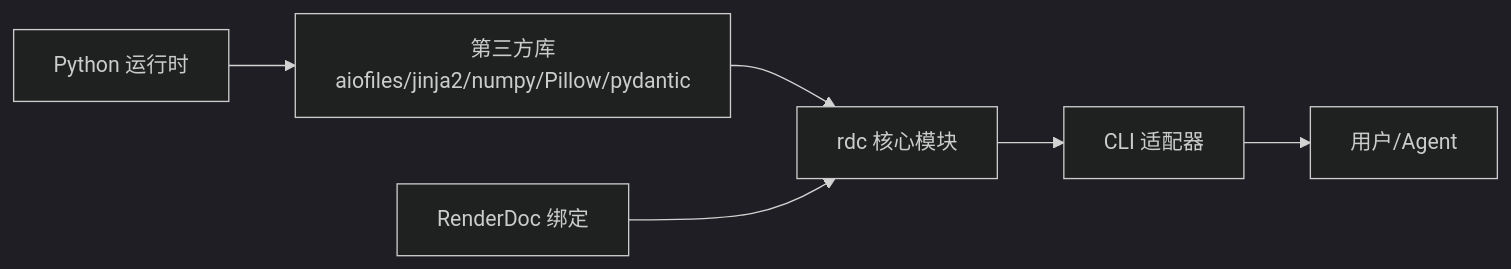
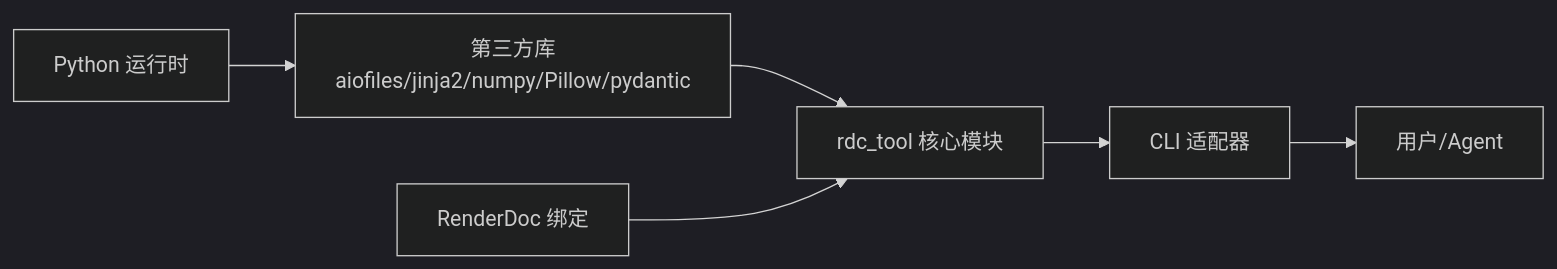
One commit to haolange/RDC-Tool changed the eighth of 8 diagrams in .qoder/repowiki/zh/content/开发指南/开发指南.md. Above: the diagram before and after it, drawn with Mermaid (dark theme). The commit also changed other lines of this file and 80 other files, not shown here.

````diff
--- a/.qoder/repowiki/zh/content/开发指南/开发指南.md
+++ b/.qoder/repowiki/zh/content/开发指南/开发指南.md
@@ -286,8 +296,8 @@
 ```mermaid
 graph LR
 Py["Python 运行时"] --> Libs["第三方库<br/>aiofiles/jinja2/numpy/Pillow/pydantic"]
-Libs --> Core["rdc 核心模块"]
+Libs --> Core["rdc_tool 核心模块"]
 RD["RenderDoc 绑定"] --> Core
 Core --> CLI["CLI 适配器"]
 CLI --> Users["用户/Agent"]
 ```
````
